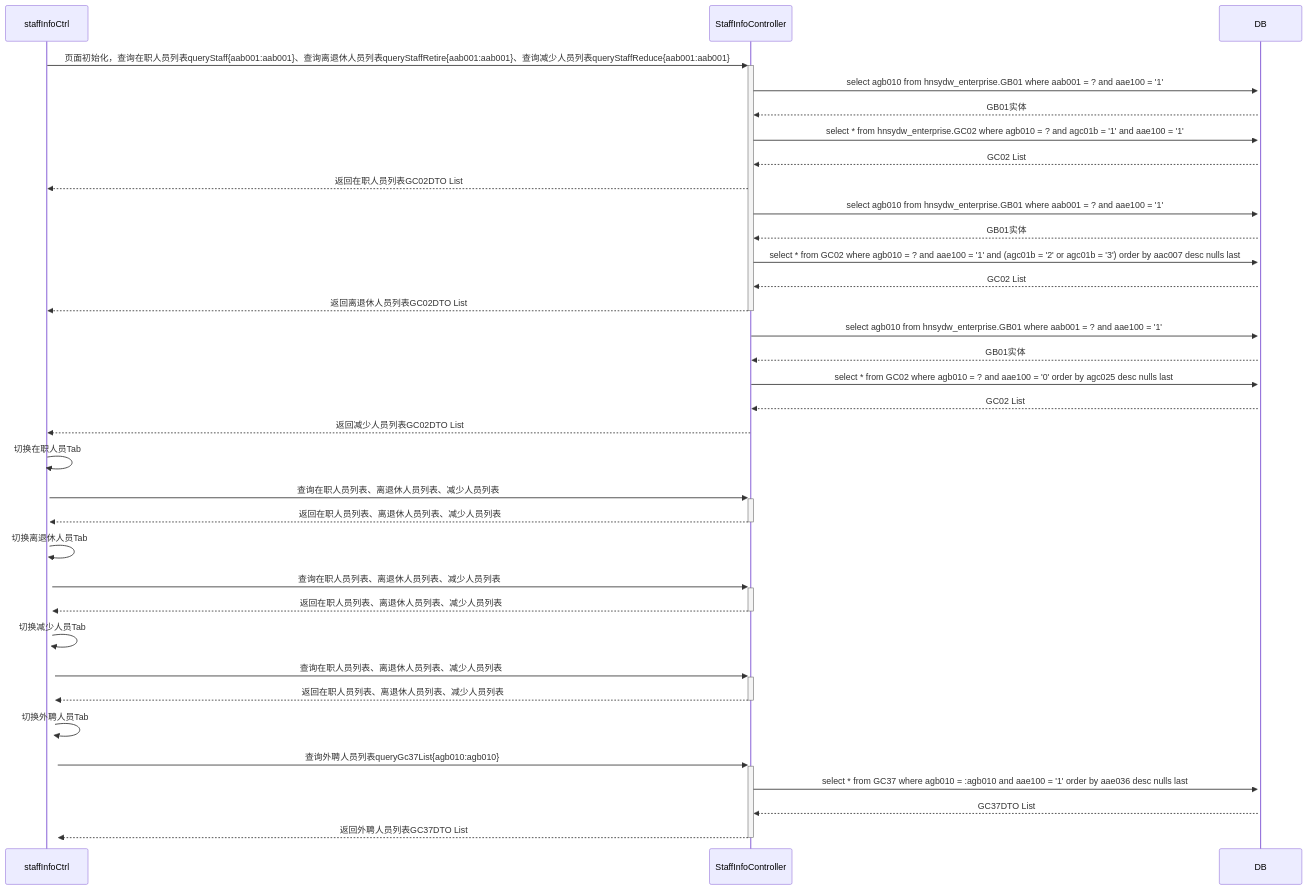
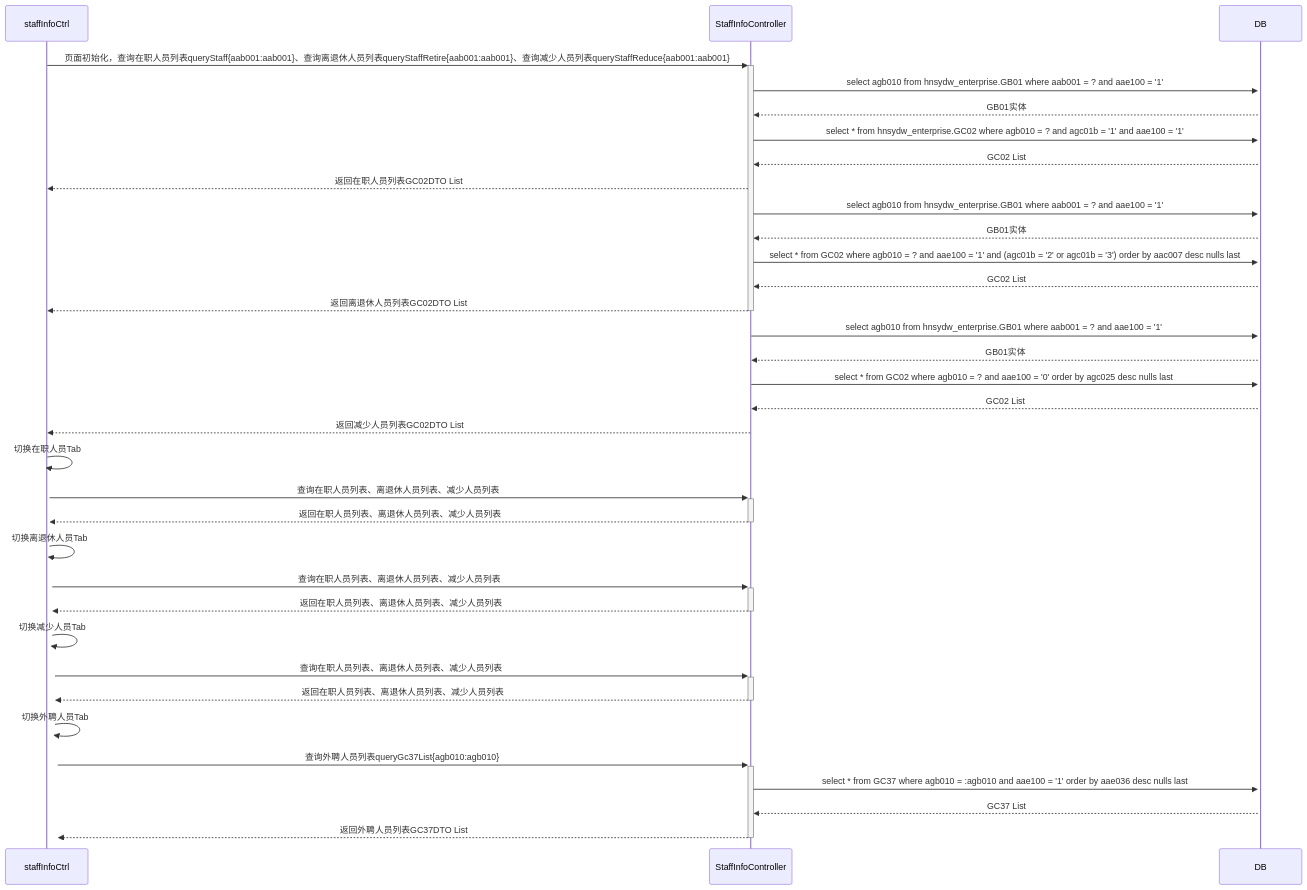
One commit to ZhangJianBeiJing/iodraw-files changed the diagram in all/未命名.md. Above: the diagram before and after it, drawn with Mermaid.

Commit message:
2025-03-25 11:01:38 update

````diff
--- a/all/未命名.md
+++ b/all/未命名.md
@@ -1,38 +1,38 @@
 ```mermaid
 sequenceDiagram
     staffInfoCtrl->>+StaffInfoController:页面初始化，查询在职人员列表queryStaff{aab001:aab001}、查询离退休人员列表queryStaffRetire{aab001:aab001}、查询减少人员列表queryStaffReduce{aab001:aab001}
     
     StaffInfoController->>+DB:select agb010 from hnsydw_enterprise.GB01 where aab001 = ? and aae100 = '1'
     DB-->>StaffInfoController:GB01实体
     StaffInfoController->>+DB:select * from hnsydw_enterprise.GC02 where agb010 = ? and agc01b = '1' and aae100 = '1'
     DB-->>StaffInfoController:GC02 List
     StaffInfoController-->>staffInfoCtrl:返回在职人员列表GC02DTO List
     
     StaffInfoController->>+DB:select agb010 from hnsydw_enterprise.GB01 where aab001 = ? and aae100 = '1'
     DB-->>StaffInfoController:GB01实体
     StaffInfoController->>+DB:select * from GC02 where agb010 = ? and aae100 = '1' and (agc01b = '2' or agc01b = '3') order by aac007 desc nulls last 
     DB-->>StaffInfoController:GC02 List
     StaffInfoController-->>-staffInfoCtrl:返回离退休人员列表GC02DTO List
 
     StaffInfoController->>+DB:select agb010 from hnsydw_enterprise.GB01 where aab001 = ? and aae100 = '1'
     DB-->>StaffInfoController:GB01实体
     StaffInfoController->>+DB:select * from GC02 where agb010 = ? and aae100 = '0' order by agc025 desc nulls last 
     DB-->>StaffInfoController:GC02 List
     StaffInfoController-->>staffInfoCtrl:返回减少人员列表GC02DTO List
 
     staffInfoCtrl->>+staffInfoCtrl:切换在职人员Tab
     staffInfoCtrl->>+StaffInfoController:查询在职人员列表、离退休人员列表、减少人员列表
     StaffInfoController-->>-staffInfoCtrl:返回在职人员列表、离退休人员列表、减少人员列表
     staffInfoCtrl->>+staffInfoCtrl:切换离退休人员Tab
     staffInfoCtrl->>+StaffInfoController:查询在职人员列表、离退休人员列表、减少人员列表
     StaffInfoController-->>-staffInfoCtrl:返回在职人员列表、离退休人员列表、减少人员列表
     staffInfoCtrl->>+staffInfoCtrl:切换减少人员Tab
     staffInfoCtrl->>+StaffInfoController:查询在职人员列表、离退休人员列表、减少人员列表
     StaffInfoController-->>-staffInfoCtrl:返回在职人员列表、离退休人员列表、减少人员列表
     staffInfoCtrl->>+staffInfoCtrl:切换外聘人员Tab
     staffInfoCtrl->>+StaffInfoController:查询外聘人员列表queryGc37List{agb010:agb010}
     StaffInfoController->>+DB:select * from GC37 where agb010 = :agb010 and aae100 = '1' order by aae036 desc nulls last
-    DB-->>StaffInfoController:GC37DTO List 
+    DB-->>StaffInfoController:GC37 List 
     StaffInfoController-->>-staffInfoCtrl:返回外聘人员列表GC37DTO List 
             
 ```
````
